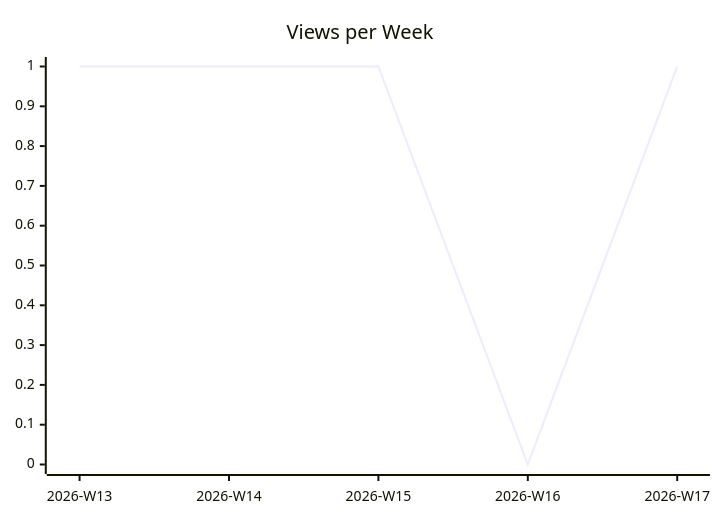
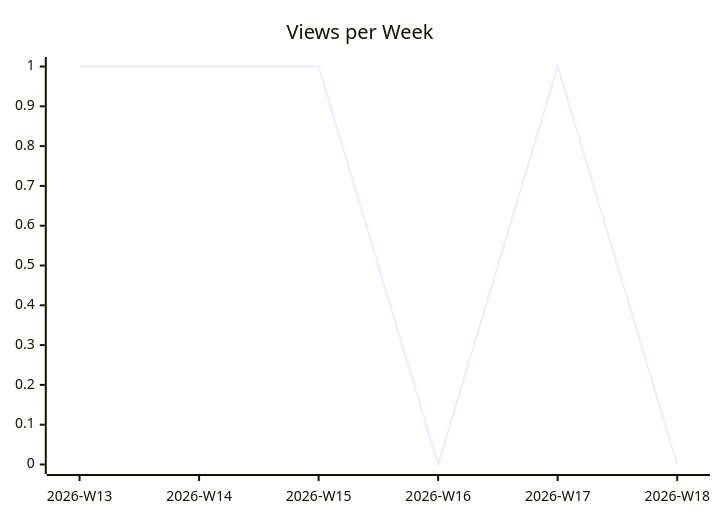
One commit to justdavis-family/github-analytics-data changed the second of 3 diagrams in karlmdavis/ansible-role-jenkins2/README.md. Above: the diagram before and after it, drawn with Mermaid. The commit also changed other lines of this file and 184 other files, not shown here.

````diff
--- a/karlmdavis/ansible-role-jenkins2/README.md
+++ b/karlmdavis/ansible-role-jenkins2/README.md
@@ -12,6 +12,6 @@
 ```mermaid
 xychart-beta
   title "Views per Week"
-  x-axis ["2026-W13", "2026-W14", "2026-W15", "2026-W16", "2026-W17"]
-  line [1, 1, 1, 0, 1]
+  x-axis ["2026-W13", "2026-W14", "2026-W15", "2026-W16", "2026-W17", "2026-W18"]
+  line [1, 1, 1, 0, 1, 0]
 ```
````
